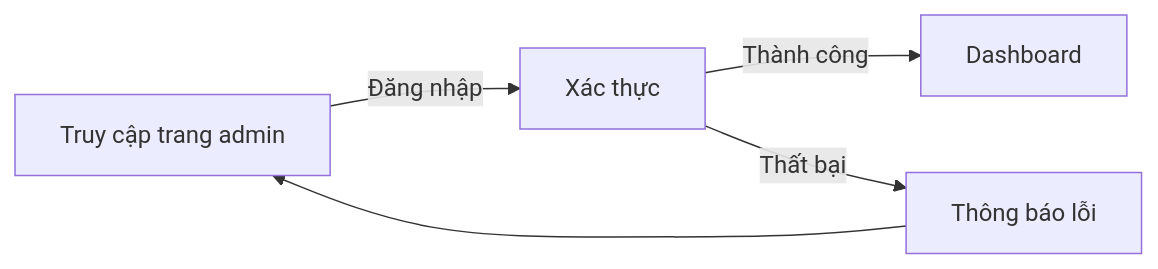
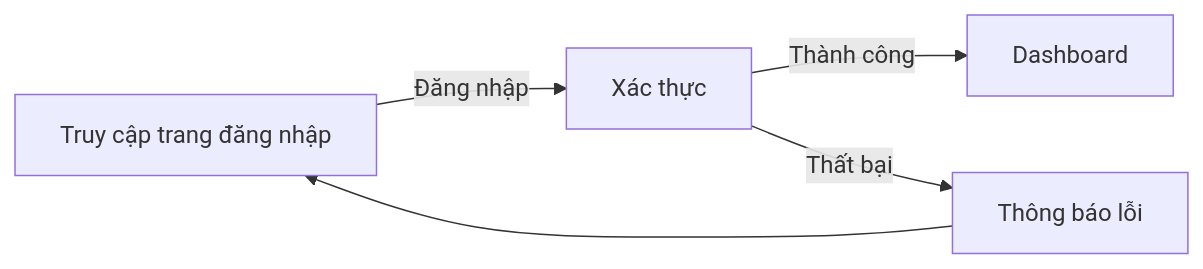
One commit to ngocthien19/DA_WEB_CK1_25_26 changed diagram 11 of 31 in README.md. Above: the diagram before and after it, drawn with Mermaid. The commit also changed other lines of this file, not shown here.

````diff
--- a/README.md
+++ b/README.md
@@ -225,7 +446,7 @@
 ```mermaid
 graph LR
-    A[Truy cập trang admin] -->|Đăng nhập| B[Xác thực]
+    A[Truy cập trang đăng nhập] -->|Đăng nhập| B[Xác thực]
     B -->|Thành công| C[Dashboard]
     B -->|Thất bại| D[Thông báo lỗi]
     D --> A
 ```
````
